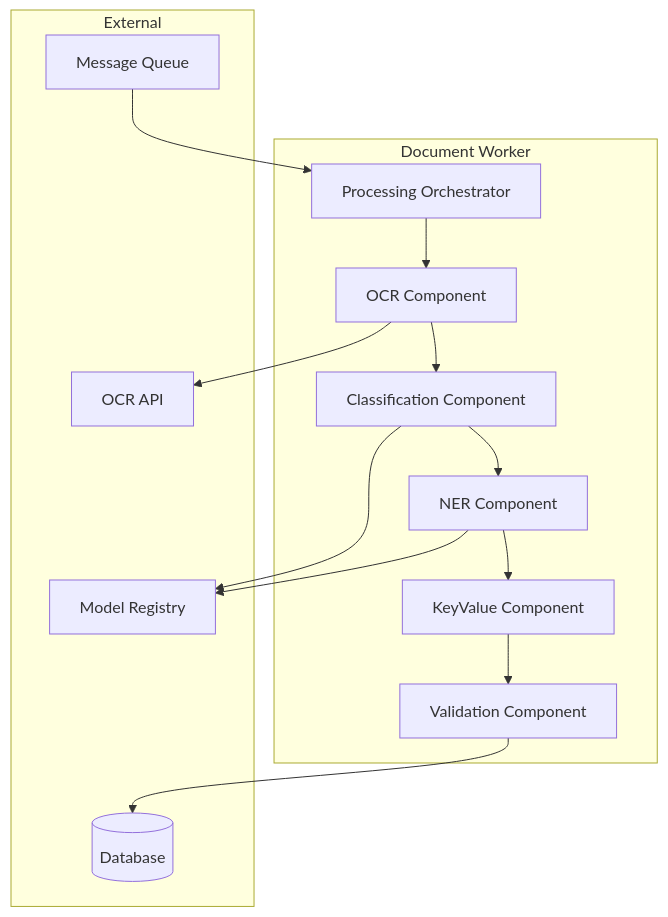
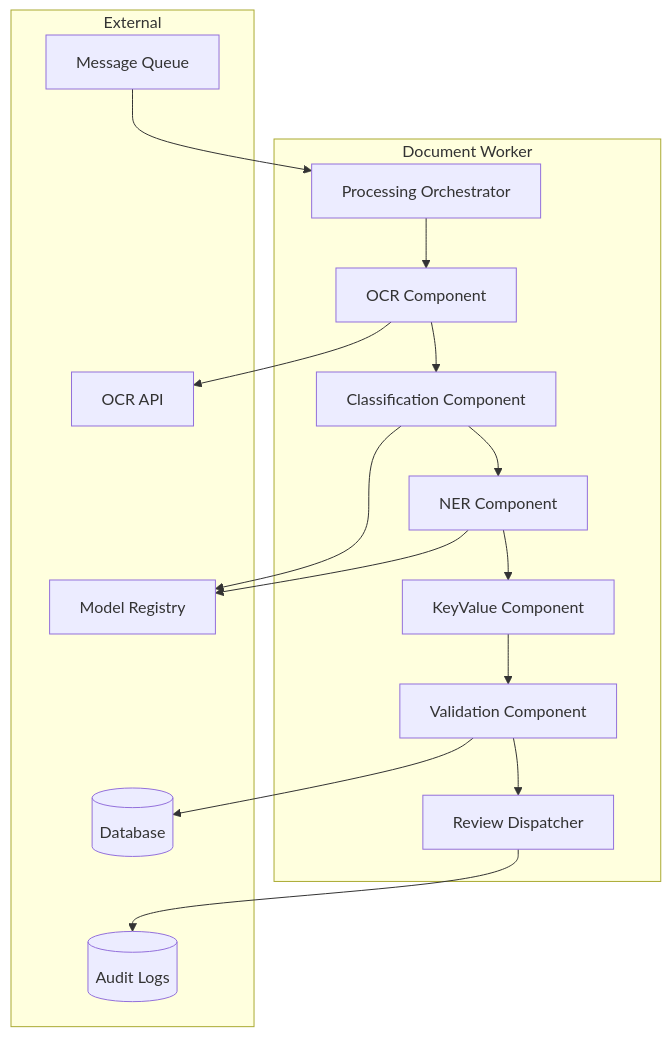
The first of 2 diagrams in Document Intelligence System/detailed-design/c4-component.md (0Ankit0/Project-Ideas), drawn with Mermaid before and after one commit. The commit also changed other lines of this file and 21 other files, not shown here.

````diff
--- a/Document Intelligence System/detailed-design/c4-component.md
+++ b/Document Intelligence System/detailed-design/c4-component.md
@@ -5,29 +5,33 @@
 ```mermaid
 graph TB
     subgraph "Document Worker"
         ORCH[Processing Orchestrator]
         OCR_COMP[OCR Component]
         CLS_COMP[Classification Component]
         NER_COMP[NER Component]
         KV_COMP[KeyValue Component]
         VAL_COMP[Validation Component]
+        REVIEW_COMP[Review Dispatcher]
     end
     
     subgraph "External"
         QUEUE[Message Queue]
         OCR_API[OCR API]
         MODELS[Model Registry]
         DB[(Database)]
+        AUDIT[(Audit Logs)]
     end
     
     QUEUE --> ORCH
     ORCH --> OCR_COMP
     OCR_COMP --> OCR_API
     OCR_COMP --> CLS_COMP
     CLS_COMP --> MODELS
     CLS_COMP --> NER_COMP
     NER_COMP --> MODELS
     NER_COMP --> KV_COMP
     KV_COMP --> VAL_COMP
     VAL_COMP --> DB
+    VAL_COMP --> REVIEW_COMP
+    REVIEW_COMP --> AUDIT
 ```
````
